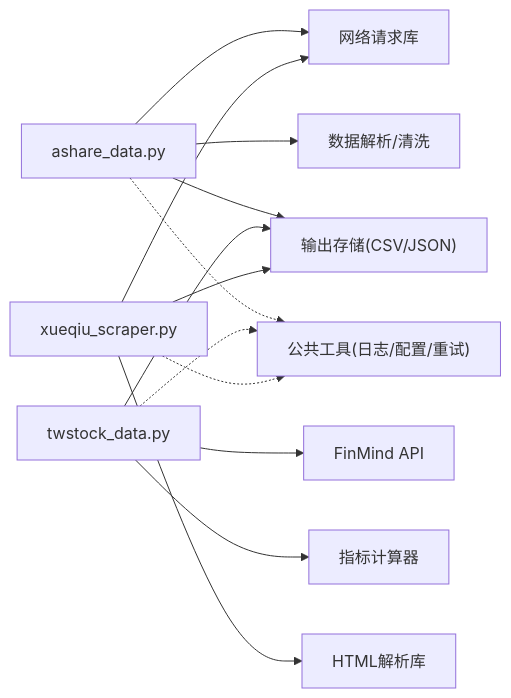
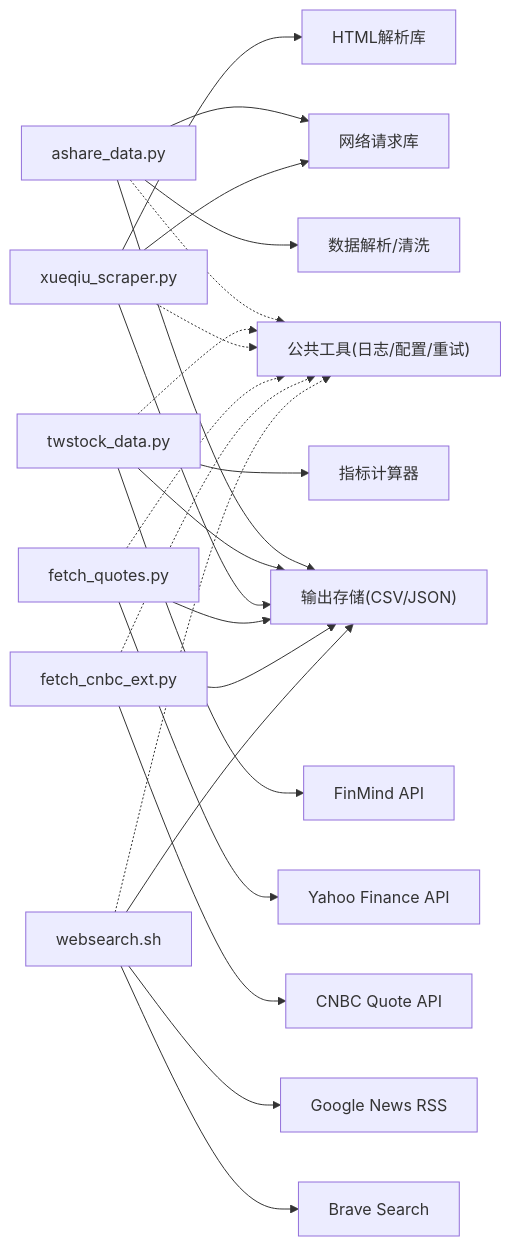
One commit to Ted-Engineer/ai-berkshire changed the seventh of 7 diagrams in .qoder/repowiki/zh/content/数据处理工具/数据采集工具.md. Above: the diagram before and after it, drawn with Mermaid. The commit also changed other lines of this file and 76 other files, not shown here.

````diff
--- a/.qoder/repowiki/zh/content/数据处理工具/数据采集工具.md
+++ b/.qoder/repowiki/zh/content/数据处理工具/数据采集工具.md
@@ -298,15 +484,25 @@
 ```mermaid
 graph LR
 AS["ashare_data.py"] --> NET["网络请求库"]
 AS --> PARSE["数据解析/清洗"]
 AS --> STORE["输出存储(CSV/JSON)"]
 TS["twstock_data.py"] --> FINMIND["FinMind API"]
 TS --> CALC["指标计算器"]
 TS --> STORE
 XS["xueqiu_scraper.py"] --> NET
 XS --> HTML["HTML解析库"]
 XS --> STORE
+YQ["fetch_quotes.py"] --> YAHOO["Yahoo Finance API"]
+YQ --> STORE
+CN["fetch_cnbc_ext.py"] --> CNBC["CNBC Quote API"]
+CN --> STORE
+WS["websearch.sh"] --> BRAVE["Brave Search"]
+WS --> GNEWS["Google News RSS"]
+WS --> STORE
 AS -.-> COMMON["公共工具(日志/配置/重试)"]
 TS -.-> COMMON
 XS -.-> COMMON
+YQ -.-> COMMON
+CN -.-> COMMON
+WS -.-> COMMON
 ```
````
